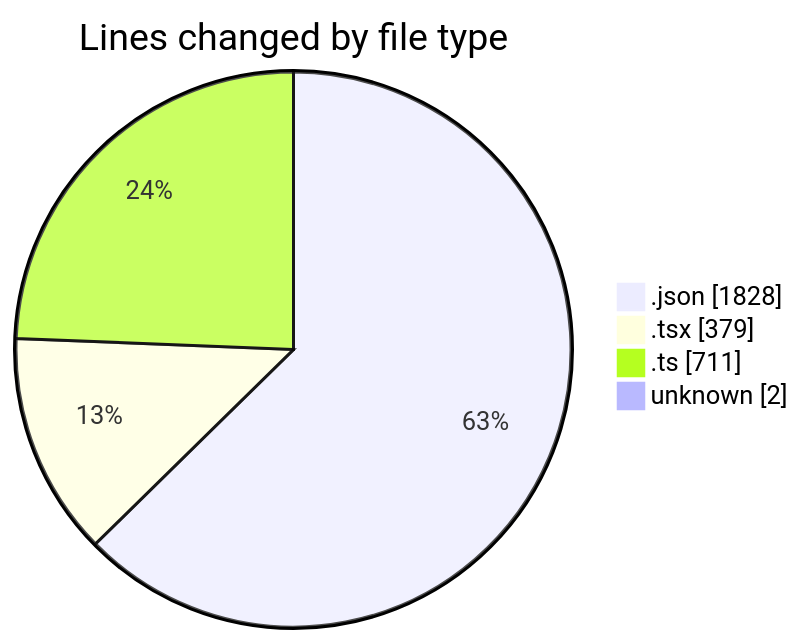
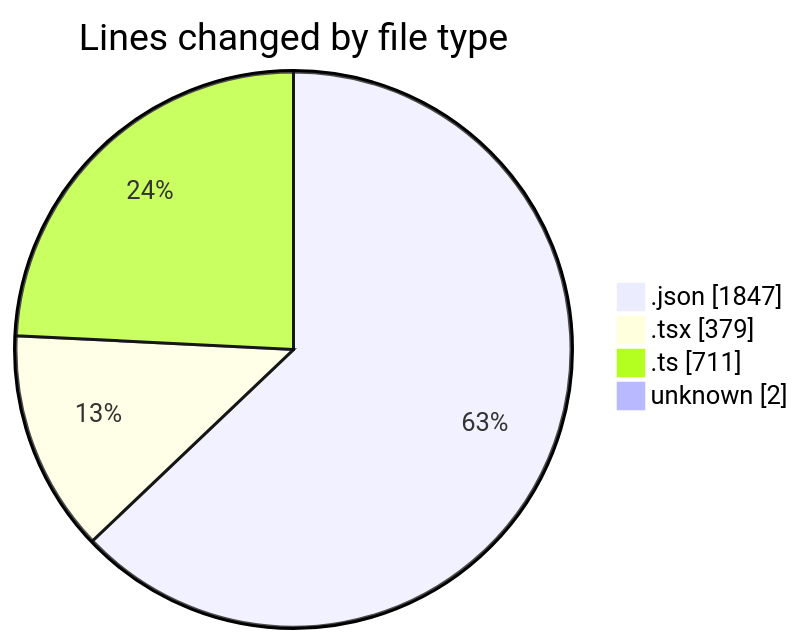
One commit to julien-gomy/code-tracking changed the first of 2 diagrams in 2025-11-19/eventscop-frontend-guide__workspace_/README.md. Above: the diagram before and after it, drawn with Mermaid. The commit also changed other lines of this file and 1 other file, not shown here.

````diff
--- a/2025-11-19/eventscop-frontend-guide__workspace_/README.md
+++ b/2025-11-19/eventscop-frontend-guide__workspace_/README.md
@@ -40,8 +40,8 @@
 ```mermaid
 pie showData
 title Lines changed by file type
-".json" : 1828
+".json" : 1847
 ".tsx" : 379
 ".ts" : 711
 "unknown" : 2
 ```
````
